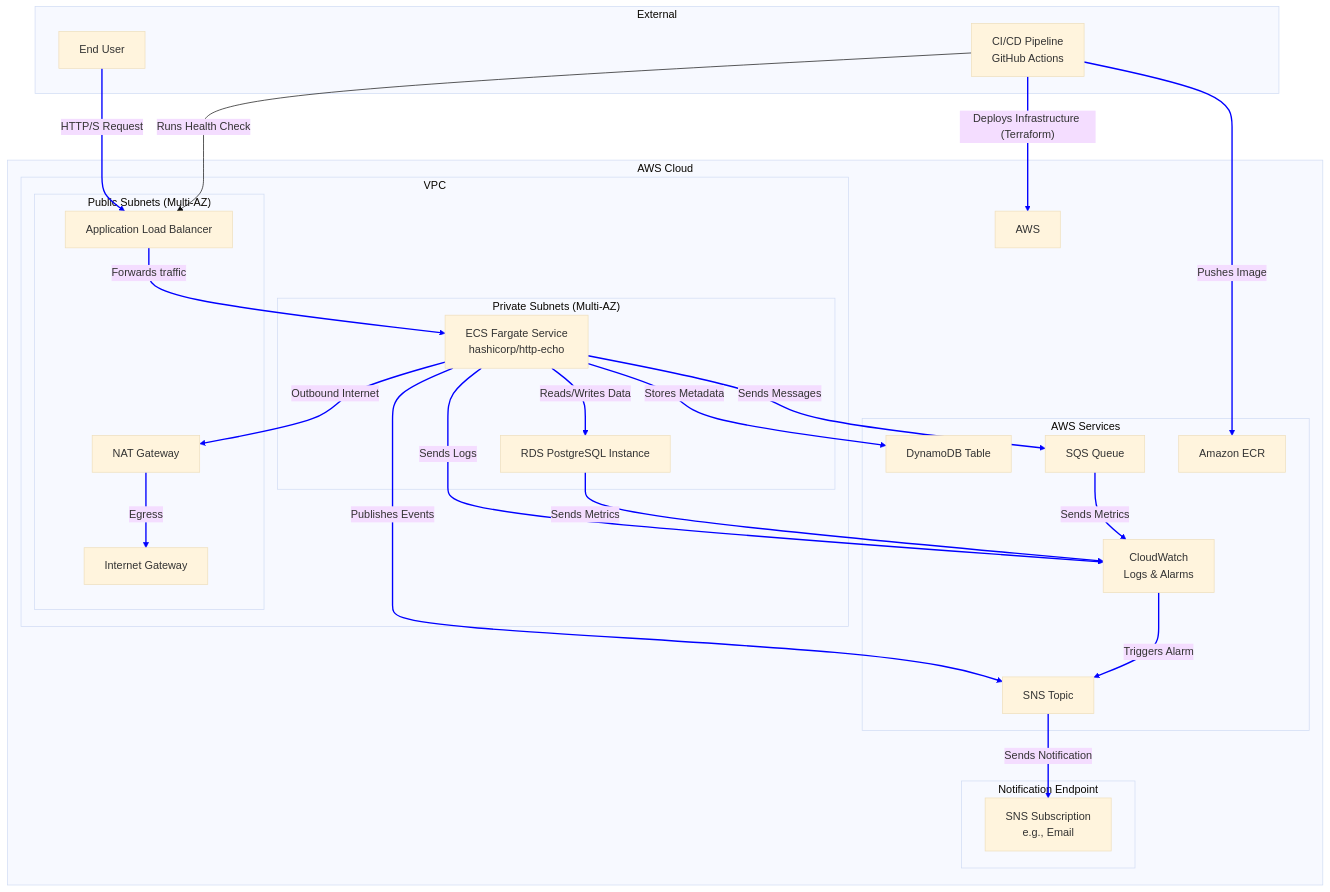
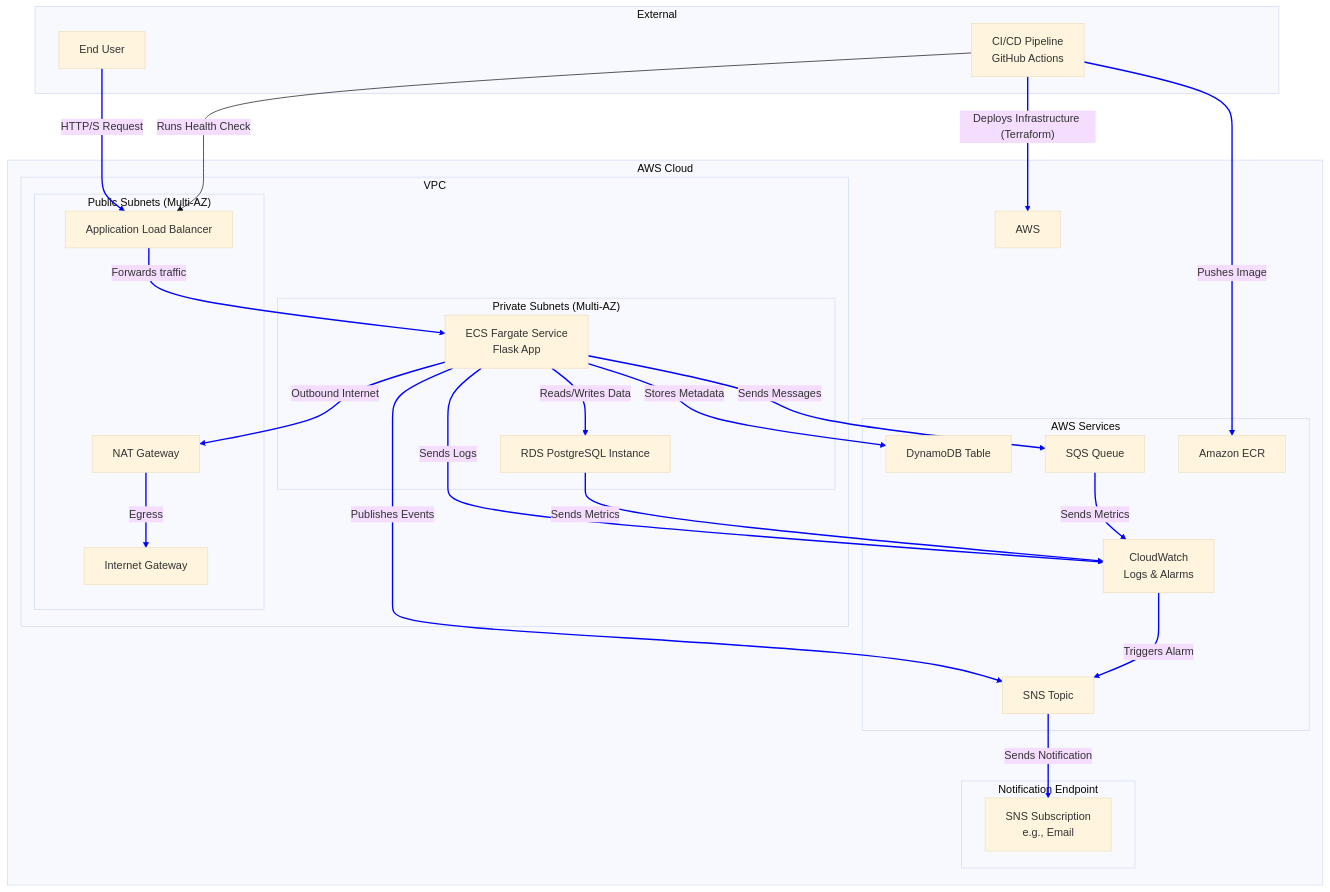
One commit to adyoli/AWS-Messaging-System-Infrastructure changed the diagram in README.md. Above: the diagram before and after it, drawn with Mermaid (base theme). The commit also changed 2 other files, not shown here.

Commit message:
Remove all remaining references to http-echo; update resource names, documentation, and diagrams to reflect the new Flask app as the ECS workload. Ensures clarity and consistency across the codebase.

````diff
--- a/README.md
+++ b/README.md
@@ -18,55 +18,55 @@
 ```mermaid
 graph TD
     subgraph "External"
         User[End User]
         CICD[CI/CD Pipeline <br> GitHub Actions]
     end
 
     subgraph "AWS Cloud"
         subgraph "VPC"
             subgraph "Public Subnets (Multi-AZ)"
                 ALB[Application Load Balancer]
                 NAT[NAT Gateway]
                 IGW[Internet Gateway]
             end
 
             subgraph "Private Subnets (Multi-AZ)"
-                ECS[ECS Fargate Service <br> hashicorp/http-echo]
+                ECS[ECS Fargate Service <br> Flask App]
                 RDS[RDS PostgreSQL Instance]
             end
         end
 
         subgraph "AWS Services"
             DynamoDB[DynamoDB Table]
             SQS[SQS Queue]
             SNS[SNS Topic]
             CloudWatch[CloudWatch <br> Logs & Alarms]
             ECR[Amazon ECR]
         end
 
         subgraph "Notification Endpoint"
             Subscription[SNS Subscription <br> e.g., Email]
         end
 
 
         User -- HTTP/S Request --> ALB
         ALB -- Forwards traffic --> ECS
         ECS -- Outbound Internet --> NAT -- Egress --> IGW
         ECS -- Reads/Writes Data --> RDS
         ECS -- Stores Metadata --> DynamoDB
         ECS -- Sends Messages --> SQS
         ECS -- Publishes Events --> SNS
         ECS -- Sends Logs --> CloudWatch
 
         RDS -- Sends Metrics --> CloudWatch
         SQS -- Sends Metrics --> CloudWatch
         CloudWatch -- Triggers Alarm --> SNS
         SNS -- Sends Notification --> Subscription
 
         CICD -- Pushes Image --> ECR
         CICD -- Deploys Infrastructure (Terraform) --> AWS
         CICD -- Runs Health Check --> ALB
     end
 
     linkStyle 0,1,2,3,4,5,6,7,8,9,10,11,12,13,14 stroke-width:2px,fill:none,stroke:blue;
 ```
````
